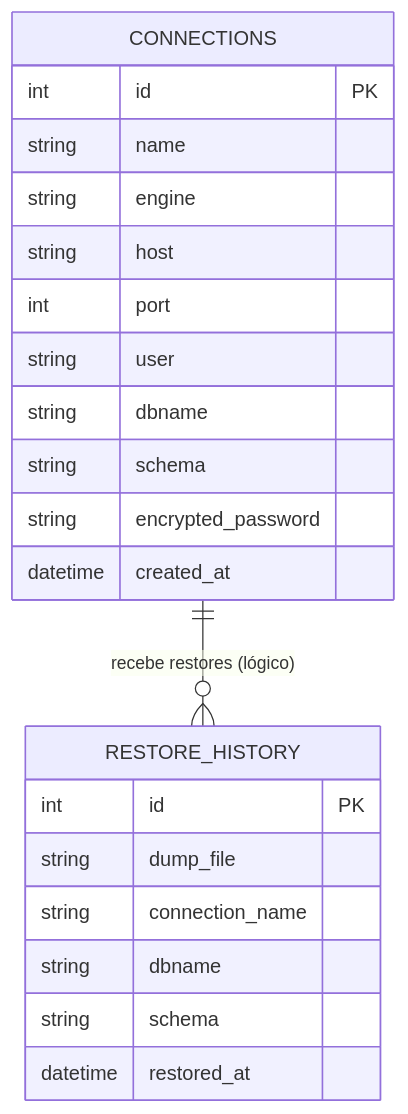
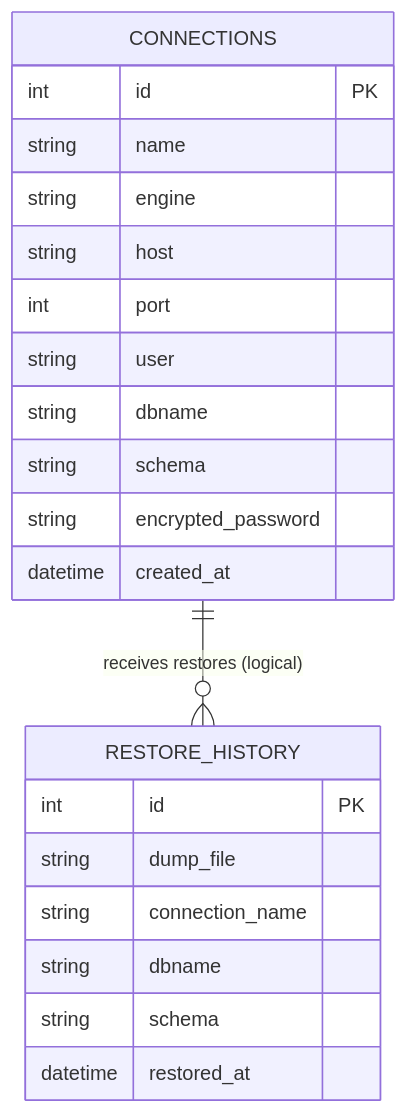
One commit to invector-tecnologia/cambalhota changed the diagram in docs/engineering/adrs/005_qol_audit_trail.md. Above: the diagram before and after it, drawn with Mermaid. The commit also changed other lines of this file and 60 other files, not shown here.

````diff
--- a/docs/engineering/adrs/005_qol_audit_trail.md
+++ b/docs/engineering/adrs/005_qol_audit_trail.md
@@ -49,25 +49,25 @@
 ```mermaid
 erDiagram
     CONNECTIONS {
         int id PK
         string name
         string engine
         string host
         int port
         string user
         string dbname
         string schema
         string encrypted_password
         datetime created_at
     }
     RESTORE_HISTORY {
         int id PK
         string dump_file
         string connection_name
         string dbname
         string schema
         datetime restored_at
     }
     
-    CONNECTIONS ||--o{ RESTORE_HISTORY : "recebe restores (lógico)"
+    CONNECTIONS ||--o{ RESTORE_HISTORY : "receives restores (logical)"
 ```
````
